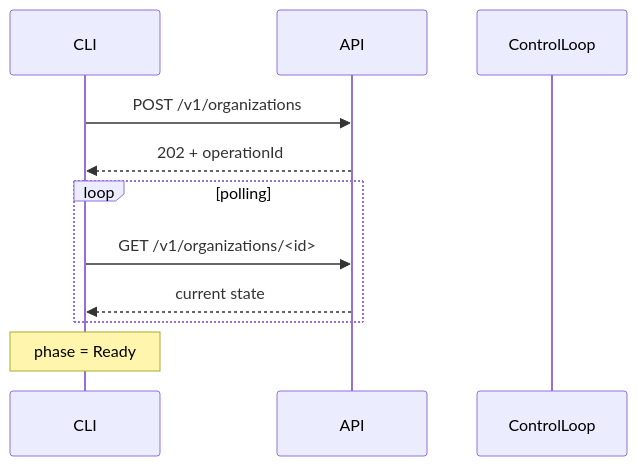
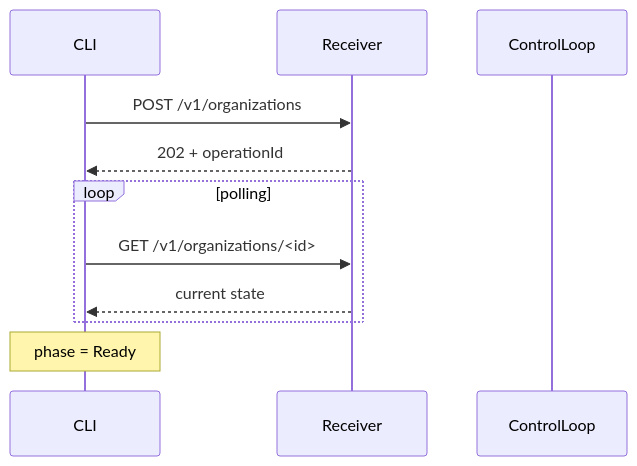
One commit to danielsabatini/smarkee changed diagram 18 of 18 in docs/RESOURCE-CONTROL-LOOP.md. Above: the diagram before and after it, drawn with Mermaid. The commit also changed other lines of this file and 17 other files, not shown here.

````diff
--- a/docs/RESOURCE-CONTROL-LOOP.md
+++ b/docs/RESOURCE-CONTROL-LOOP.md
@@ -1363,16 +1359,16 @@
 ```mermaid
 sequenceDiagram
     participant CLI
-    participant API
+    participant Receiver
     participant ControlLoop
 
-    CLI->>API: POST /v1/organizations
-    API-->>CLI: 202 + operationId
+    CLI->>Receiver: POST /v1/organizations
+    Receiver-->>CLI: 202 + operationId
 
     loop polling
-        CLI->>API: GET /v1/organizations/<id>
-        API-->>CLI: current state
+        CLI->>Receiver: GET /v1/organizations/<id>
+        Receiver-->>CLI: current state
     end
 
     Note over CLI: phase = Ready
 ```
````
